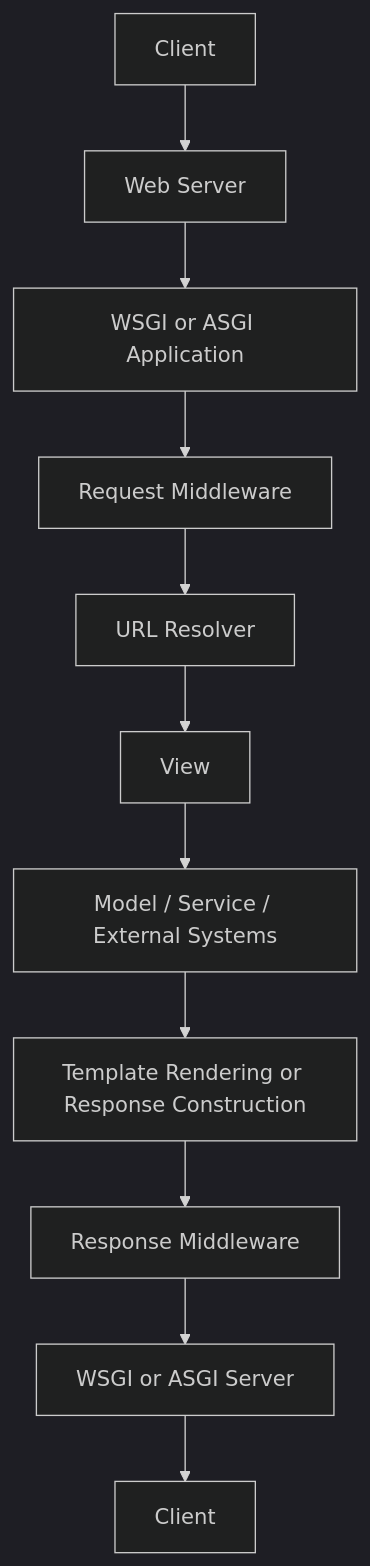
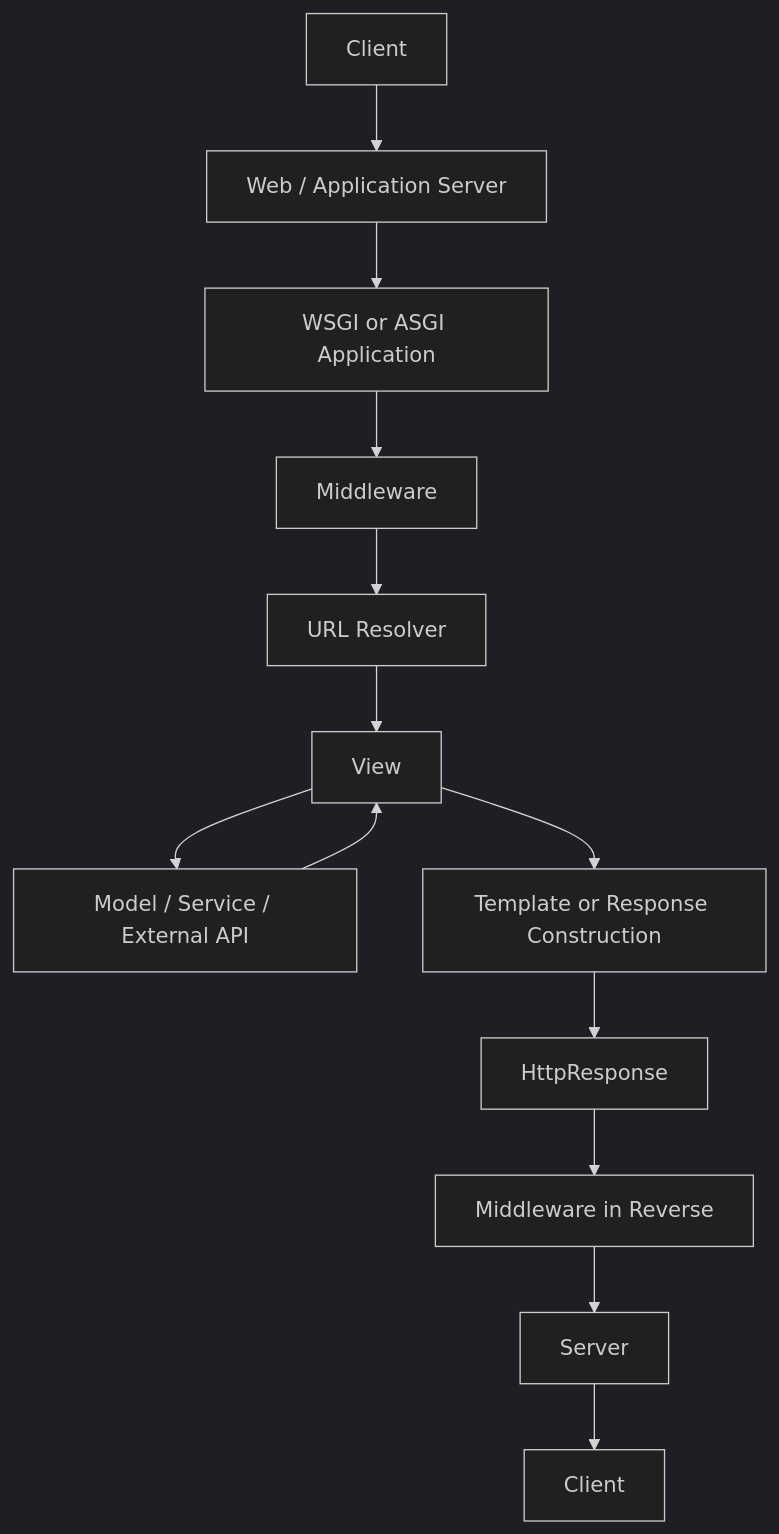
The third of 9 diagrams in src/content/django/mtv-request-response-cycle.md (AvadhBhalodiya/Interview-Preparation), drawn with Mermaid (dark theme) before and after one commit. The commit also changed other lines of this file and 80 other files, not shown here.

````diff
--- a/src/content/django/mtv-request-response-cycle.md
+++ b/src/content/django/mtv-request-response-cycle.md
@@ -332,13 +200,15 @@
 ```mermaid
 flowchart TD
-    A[Client] --> B[Web Server]
+    A[Client] --> B[Web / Application Server]
     B --> C[WSGI or ASGI Application]
-    C --> D[Request Middleware]
+    C --> D[Middleware]
     D --> E[URL Resolver]
     E --> F[View]
-    F --> G["Model / Service / External Systems"]
-    G --> H[Template Rendering or Response Construction]
-    H --> I[Response Middleware]
-    I --> J[WSGI or ASGI Server]
-    J --> K[Client]
+    F --> G[Model / Service / External API]
+    G --> F
+    F --> H[Template or Response Construction]
+    H --> I[HttpResponse]
+    I --> J[Middleware in Reverse]
+    J --> K[Server]
+    K --> L[Client]
 ```
````
